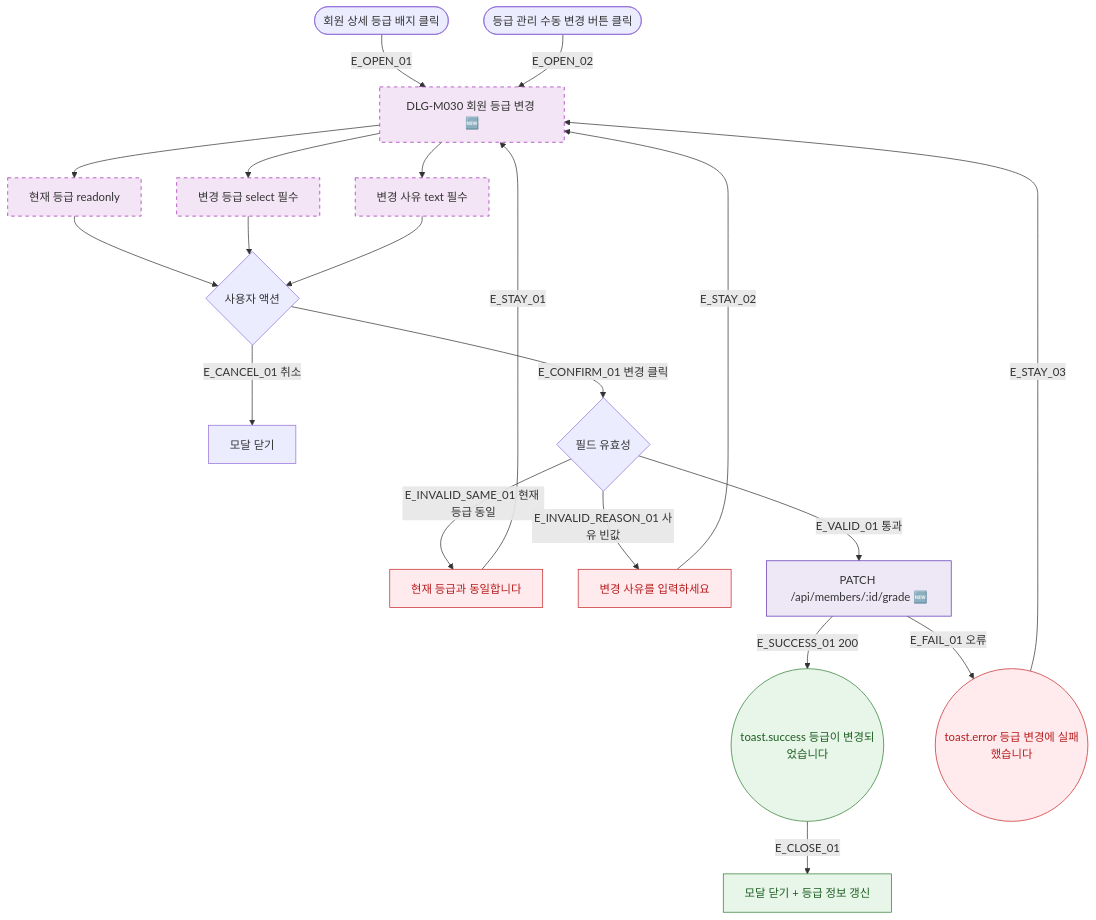
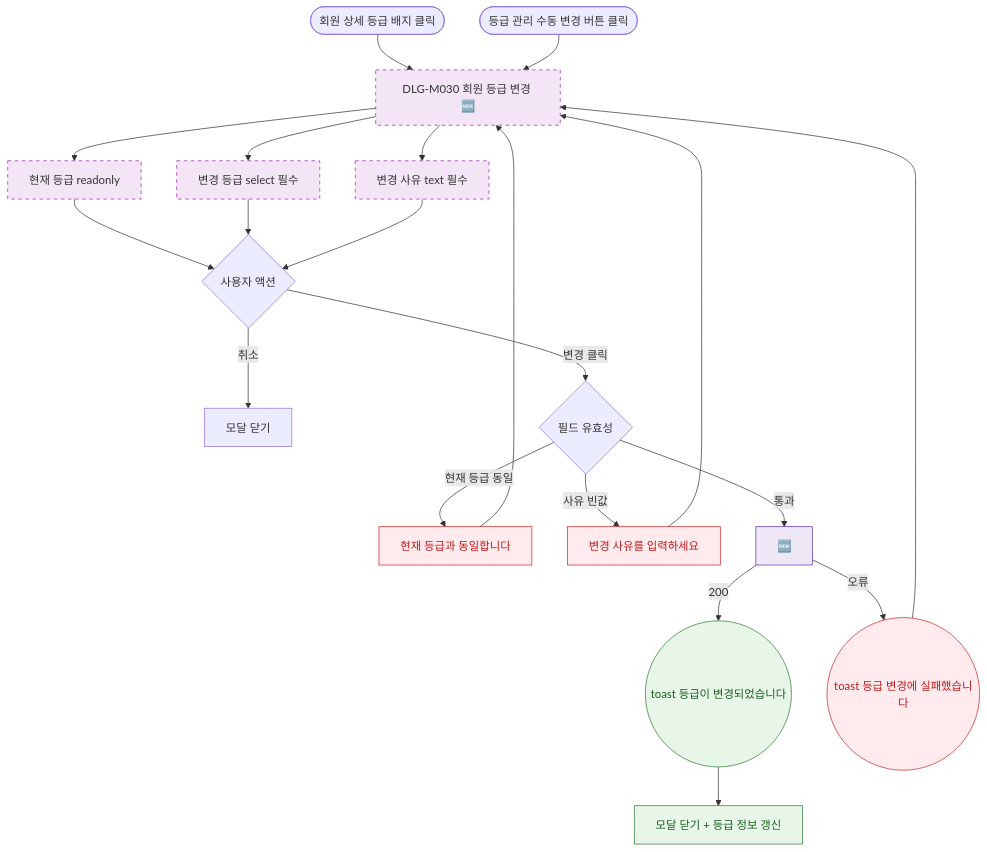
The diagram in docs/다이어그램/D02_회원관리/DLG/DLG-M030_등급변경/M1_생명주기.md (dev-spogym/admin-pando), drawn with Mermaid before and after one commit. The commit also changed other lines of this file and 1660 other files, not shown here.

First line of the commit message:
다이어그램: 기획자/클라이언트 납품본으로 정리

````diff
--- a/docs/다이어그램/D02_회원관리/DLG/DLG-M030_등급변경/M1_생명주기.md
+++ b/docs/다이어그램/D02_회원관리/DLG/DLG-M030_등급변경/M1_생명주기.md
@@ -22,42 +20,42 @@
 ```mermaid
 flowchart TD
   TRIGGER_A([회원 상세 등급 배지 클릭])
   TRIGGER_B([등급 관리 수동 변경 버튼 클릭])
 
-  TRIGGER_A -->|E_OPEN_01| DLG_OPEN[DLG-M030 회원 등급 변경 🆕]
-  TRIGGER_B -->|E_OPEN_02| DLG_OPEN
+  TRIGGER_A --> DLG_OPEN[DLG-M030 회원 등급 변경 🆕]
+  TRIGGER_B --> DLG_OPEN
 
   DLG_OPEN --> FLD_CURRENT[현재 등급 readonly]
   DLG_OPEN --> FLD_NEXT[변경 등급 select 필수]
   DLG_OPEN --> FLD_REASON[변경 사유 text 필수]
 
   FLD_CURRENT --> USER_ACT{사용자 액션}
-  FLD_NEXT    --> USER_ACT
-  FLD_REASON  --> USER_ACT
+  FLD_NEXT --> USER_ACT
+  FLD_REASON --> USER_ACT
 
-  USER_ACT -->|E_CANCEL_01 취소| CLOSE[모달 닫기]
-  USER_ACT -->|E_CONFIRM_01 변경 클릭| VALID{필드 유효성}
+  USER_ACT -->|취소|CLOSE[모달 닫기]
+  USER_ACT -->|변경 클릭|VALID{필드 유효성}
 
-  VALID -->|E_INVALID_SAME_01 현재 등급 동일| ERR_SAME[현재 등급과 동일합니다]
-  VALID -->|E_INVALID_REASON_01 사유 빈값| ERR_REASON[변경 사유를 입력하세요]
-  ERR_SAME   -->|E_STAY_01| DLG_OPEN
-  ERR_REASON -->|E_STAY_02| DLG_OPEN
+  VALID -->|현재 등급 동일|ERR_SAME[현재 등급과 동일합니다]
+  VALID -->|사유 빈값|ERR_REASON[변경 사유를 입력하세요]
+  ERR_SAME --> DLG_OPEN
+  ERR_REASON --> DLG_OPEN
 
-  VALID -->|E_VALID_01 통과| API_CALL[PATCH /api/members/:id/grade 🆕]
+  VALID -->|통과|API_CALL[🆕]
 
-  API_CALL -->|E_SUCCESS_01 200| TOAST_OK((toast.success 등급이 변경되었습니다))
-  TOAST_OK  -->|E_CLOSE_01| CLOSE_OK[모달 닫기 + 등급 정보 갱신]
+  API_CALL -->|200|TOAST_OK((toast 등급이 변경되었습니다))
+  TOAST_OK --> CLOSE_OK[모달 닫기 + 등급 정보 갱신]
 
-  API_CALL -->|E_FAIL_01 오류| TOAST_ERR((toast.error 등급 변경에 실패했습니다))
-  TOAST_ERR -->|E_STAY_03| DLG_OPEN
+  API_CALL -->|오류|TOAST_ERR((toast 등급 변경에 실패했습니다))
+  TOAST_ERR --> DLG_OPEN
 
   classDef newFeature fill:#F3E5F5,stroke:#9C27B0,stroke-dasharray:5 5
-  classDef success    fill:#E8F5E9,stroke:#2E7D32,color:#1B5E20
-  classDef error      fill:#FFEBEE,stroke:#C62828,color:#B71C1C
-  classDef system     fill:#EDE7F6,stroke:#5E35B2
+  classDef success fill:#E8F5E9,stroke:#2E7D32,color:#1B5E20
+  classDef error fill:#FFEBEE,stroke:#C62828,color:#B71C1C
+  classDef system fill:#EDE7F6,stroke:#5E35B2
 
   class DLG_OPEN,FLD_CURRENT,FLD_NEXT,FLD_REASON newFeature
   class TOAST_OK,CLOSE_OK success
   class TOAST_ERR,ERR_SAME,ERR_REASON error
   class API_CALL system
 ```
````
